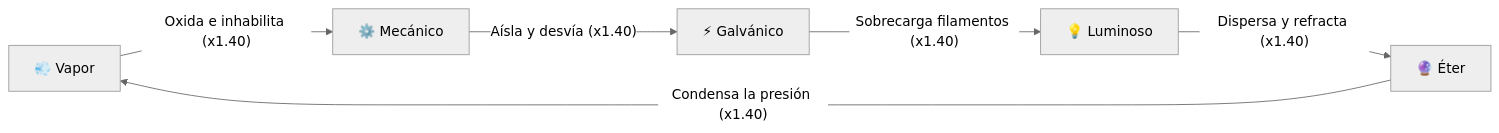
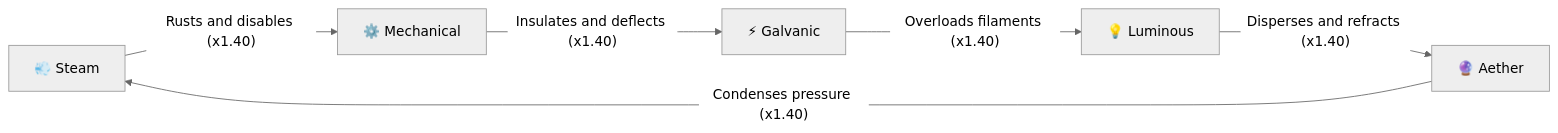
One commit to cjbaezilla/Hackathon-Decentraland-Golems-World changed the second of 3 diagrams in README.md. Above: the diagram before and after it, drawn with Mermaid (neutral theme). The commit also changed other lines of this file and 2 other files, not shown here.

````diff
--- a/README.md
+++ b/README.md
@@ -180,8 +184,8 @@
 ```mermaid
 graph LR
-    VAPOR["💨 Vapor"] -->|"Oxida e inhabilita (x1.40)"| MECANICO["⚙️ Mecánico"]
-    MECANICO -->|"Aísla y desvía (x1.40)"| GALVANICO["⚡ Galvánico"]
-    GALVANICO -->|"Sobrecarga filamentos (x1.40)"| LUMINOSO["💡 Luminoso"]
-    LUMINOSO -->|"Dispersa y refracta (x1.40)"| ETER["🔮 Éter"]
-    ETER -->|"Condensa la presión (x1.40)"| VAPOR
+    STEAM["💨 Steam"] -->|"Rusts and disables (x1.40)"| MECHANICAL["⚙️ Mechanical"]
+    MECHANICAL -->|"Insulates and deflects (x1.40)"| GALVANIC["⚡ Galvanic"]
+    GALVANIC -->|"Overloads filaments (x1.40)"| LUMINOUS["💡 Luminous"]
+    LUMINOUS -->|"Disperses and refracts (x1.40)"| AETHER["🔮 Aether"]
+    AETHER -->|"Condenses pressure (x1.40)"| STEAM
 ```
````
